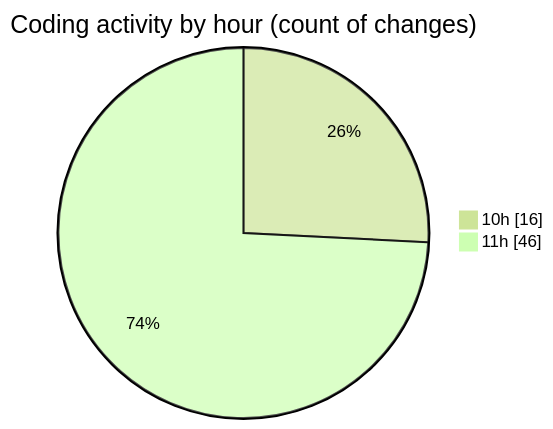
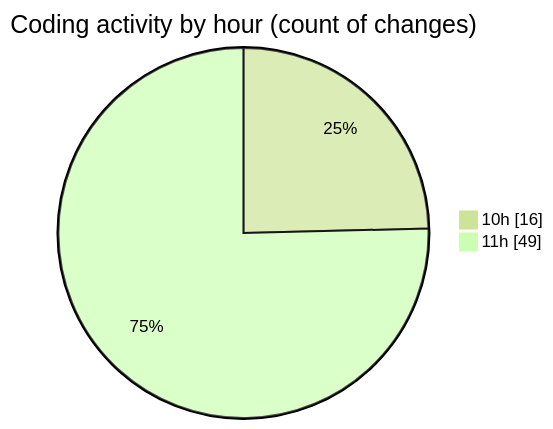
The second of 2 diagrams in 2026-07-23/cda/README.md (momahboobian/code-tracking), drawn with Mermaid (forest theme) before and after one commit. The commit also changed other lines of this file and 1 other file, not shown here.

````diff
--- a/2026-07-23/cda/README.md
+++ b/2026-07-23/cda/README.md
@@ -37,6 +37,6 @@
 ```mermaid
 pie showData
 title Coding activity by hour (count of changes)
 "10h" : 16
-"11h" : 46
+"11h" : 49
 ```
````
